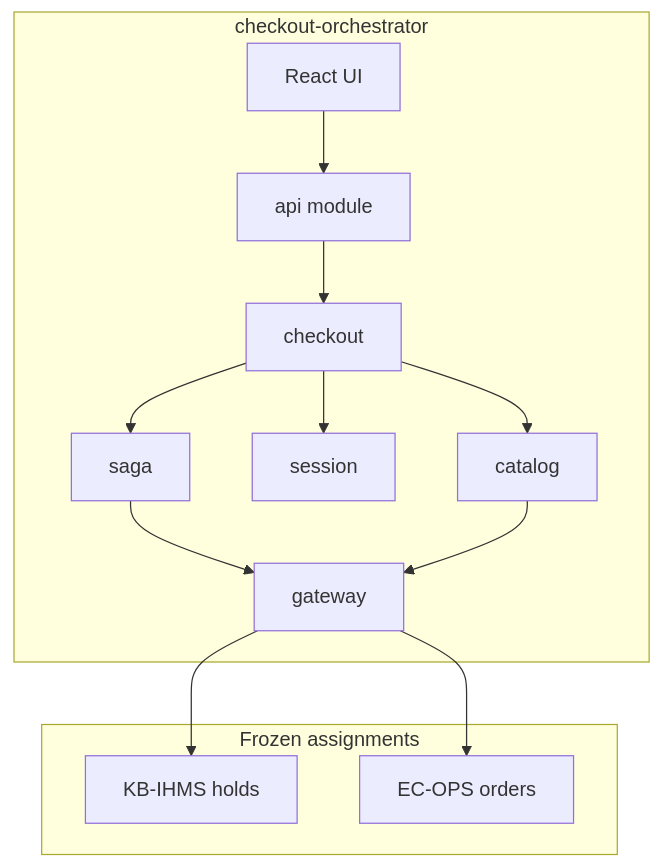
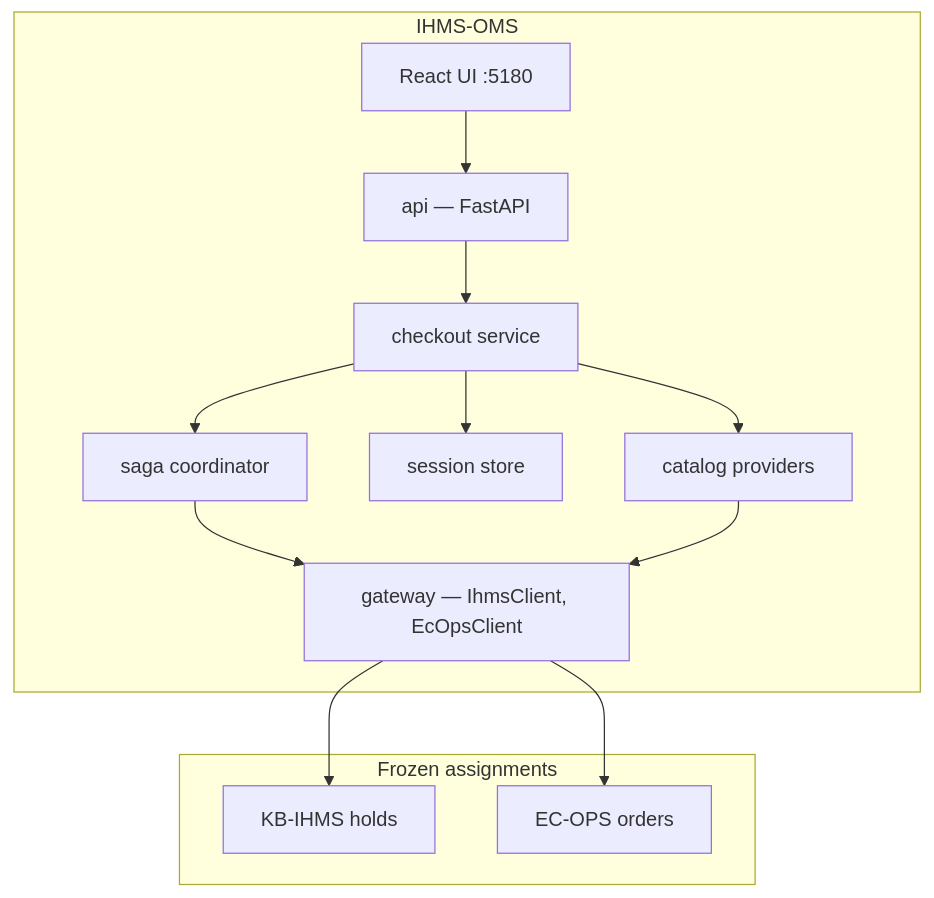
One commit to iamkaranvalecha/IHMS-OMS changed the diagram in docs/ARCHITECTURE.md. Above: the diagram before and after it, drawn with Mermaid. The commit also changed other lines of this file and 14 other files, not shown here.

````diff
--- a/docs/ARCHITECTURE.md
+++ b/docs/ARCHITECTURE.md
@@ -7,25 +7,25 @@
 ```mermaid
 flowchart TB
   subgraph frozen [Frozen assignments]
     IHMS[KB-IHMS holds]
     OPS[EC-OPS orders]
   end
-  subgraph orch [checkout-orchestrator]
-    UI[React UI]
-    API[api module]
-    CHK[checkout]
-    SAGA[saga]
-    SES[session]
-    CAT[catalog]
-    GW[gateway]
+  subgraph orch [IHMS-OMS]
+    UI[React UI :5180]
+    API[api — FastAPI]
+    CHK[checkout service]
+    SAGA[saga coordinator]
+    SES[session store]
+    CAT[catalog providers]
+    GW[gateway — IhmsClient, EcOpsClient]
   end
   UI --> API
   API --> CHK
   CHK --> SAGA
   CHK --> SES
   CHK --> CAT
   SAGA --> GW
   CAT --> GW
   GW --> IHMS
   GW --> OPS
 ```
````
